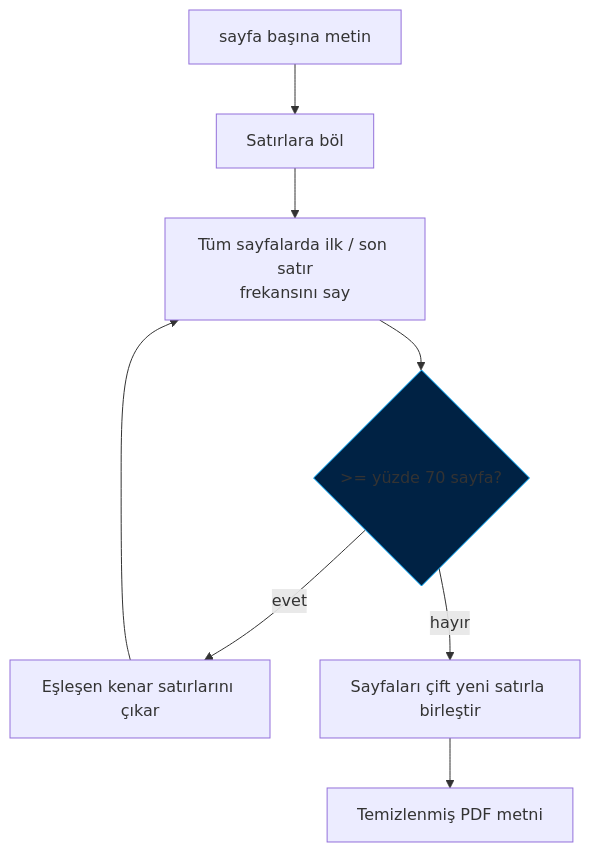
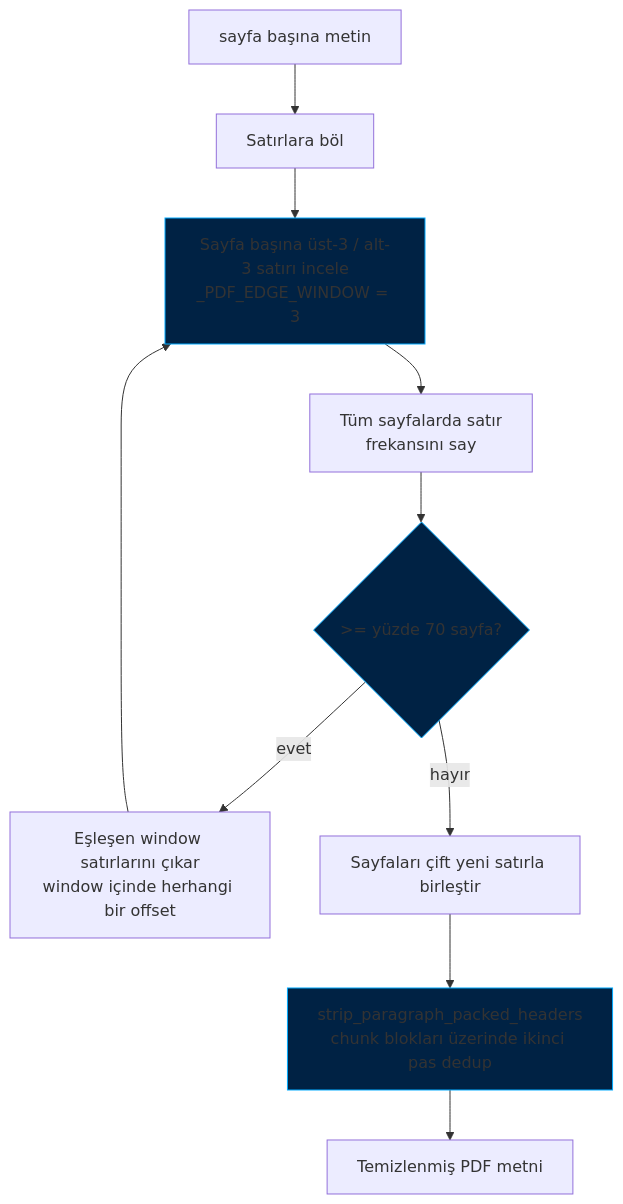
One commit to cemililik/ForgeLM changed the fourth of 10 diagrams in docs/reference/data_ingestion_architecture-tr.md. Above: the diagram before and after it, drawn with Mermaid. The commit also changed other lines of this file and 28 other files, not shown here.

````diff
--- a/docs/reference/data_ingestion_architecture-tr.md
+++ b/docs/reference/data_ingestion_architecture-tr.md
@@ -207,12 +207,16 @@
 ```mermaid
 graph TD
     PAGES[sayfa başına metin] --> SPLIT[Satırlara böl]
-    SPLIT --> COUNT[Tüm sayfalarda ilk / son satır<br/>frekansını say]
+    SPLIT --> WINDOW[Sayfa başına üst-3 / alt-3 satırı incele<br/>_PDF_EDGE_WINDOW = 3]
+    WINDOW --> COUNT[Tüm sayfalarda satır<br/>frekansını say]
     COUNT --> CHECK{>= yüzde 70 sayfa?}
-    CHECK -- evet --> POP[Eşleşen kenar satırlarını çıkar]
-    POP --> COUNT
+    CHECK -- evet --> POP[Eşleşen window satırlarını çıkar<br/>window içinde herhangi bir offset]
+    POP --> WINDOW
     CHECK -- hayır --> JOIN[Sayfaları çift yeni satırla birleştir]
-    JOIN --> OUT[Temizlenmiş PDF metni]
+    JOIN --> PACK[strip_paragraph_packed_headers<br/>chunk blokları üzerinde ikinci pas dedup]
+    PACK --> OUT[Temizlenmiş PDF metni]
 
     style CHECK fill:#002244,stroke:#00aaff
+    style WINDOW fill:#002244,stroke:#00aaff
+    style PACK fill:#002244,stroke:#00aaff
 ```
````
